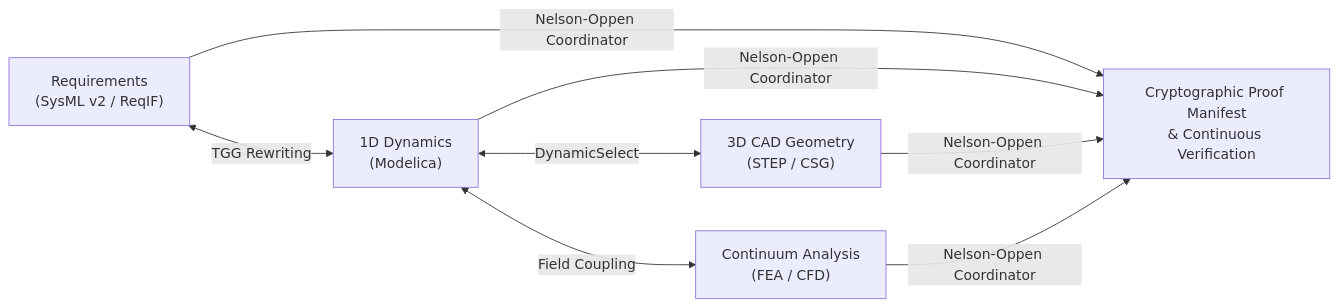
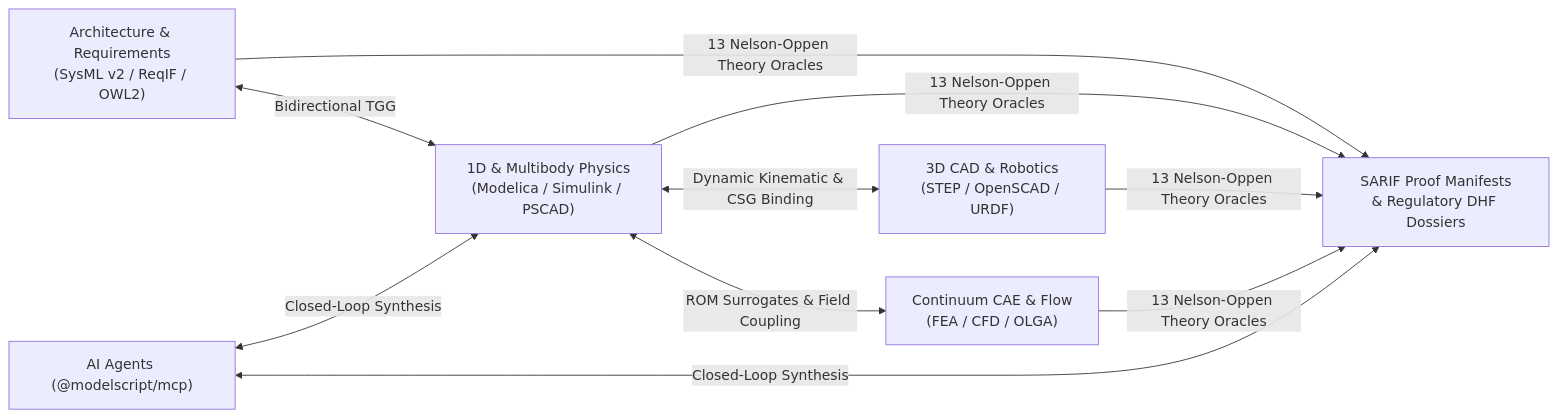
One commit to modelscript/modelscript changed the diagram in apps/docs/docs/guide/introduction.md. Above: the diagram before and after it, drawn with Mermaid. The commit also changed other lines of this file and 551 other files, not shown here.

````diff
--- a/apps/docs/docs/guide/introduction.md
+++ b/apps/docs/docs/guide/introduction.md
@@ -23,7 +23,8 @@
 ```mermaid
 flowchart LR
-    A["Requirements<br/>(SysML v2 / ReqIF)"] <-->|"TGG Rewriting"| P["1D Dynamics<br/>(Modelica)"]
-    P <-->|"DynamicSelect"| G["3D CAD Geometry<br/>(STEP / CSG)"]
-    P <-->|"Field Coupling"| C["Continuum Analysis<br/>(FEA / CFD)"]
-    A & P & G & C -->|"Nelson-Oppen Coordinator"| V["Cryptographic Proof Manifest<br/>& Continuous Verification"]
+    A["Architecture & Requirements<br/>(SysML v2 / ReqIF / OWL2)"] <-->|"Bidirectional TGG"| P["1D & Multibody Physics<br/>(Modelica / Simulink / PSCAD)"]
+    P <-->|"Dynamic Kinematic & CSG Binding"| G["3D CAD & Robotics<br/>(STEP / OpenSCAD / URDF)"]
+    P <-->|"ROM Surrogates & Field Coupling"| C["Continuum CAE & Flow<br/>(FEA / CFD / OLGA)"]
+    A & P & G & C -->|"13 Nelson-Oppen Theory Oracles"| V["SARIF Proof Manifests<br/>& Regulatory DHF Dossiers"]
+    M["AI Agents (@modelscript/mcp)"] <-->|"Closed-Loop Synthesis"| P & V
 ```
````
